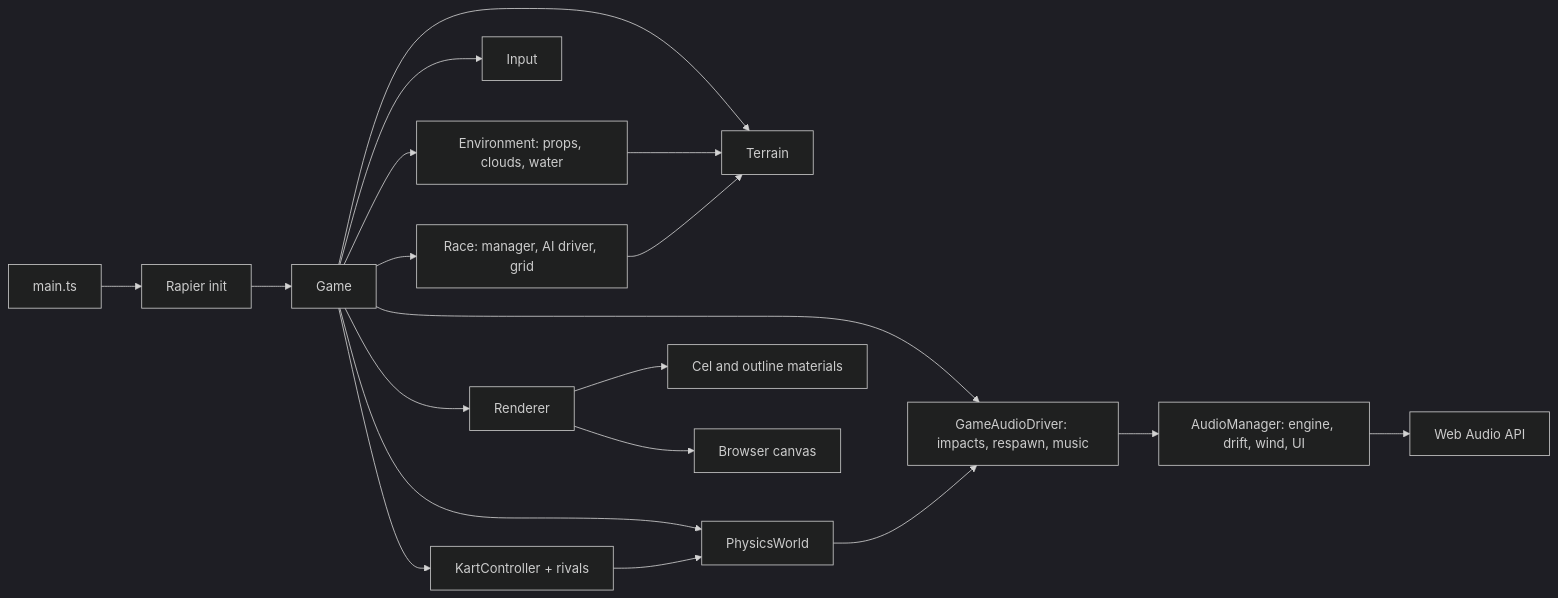
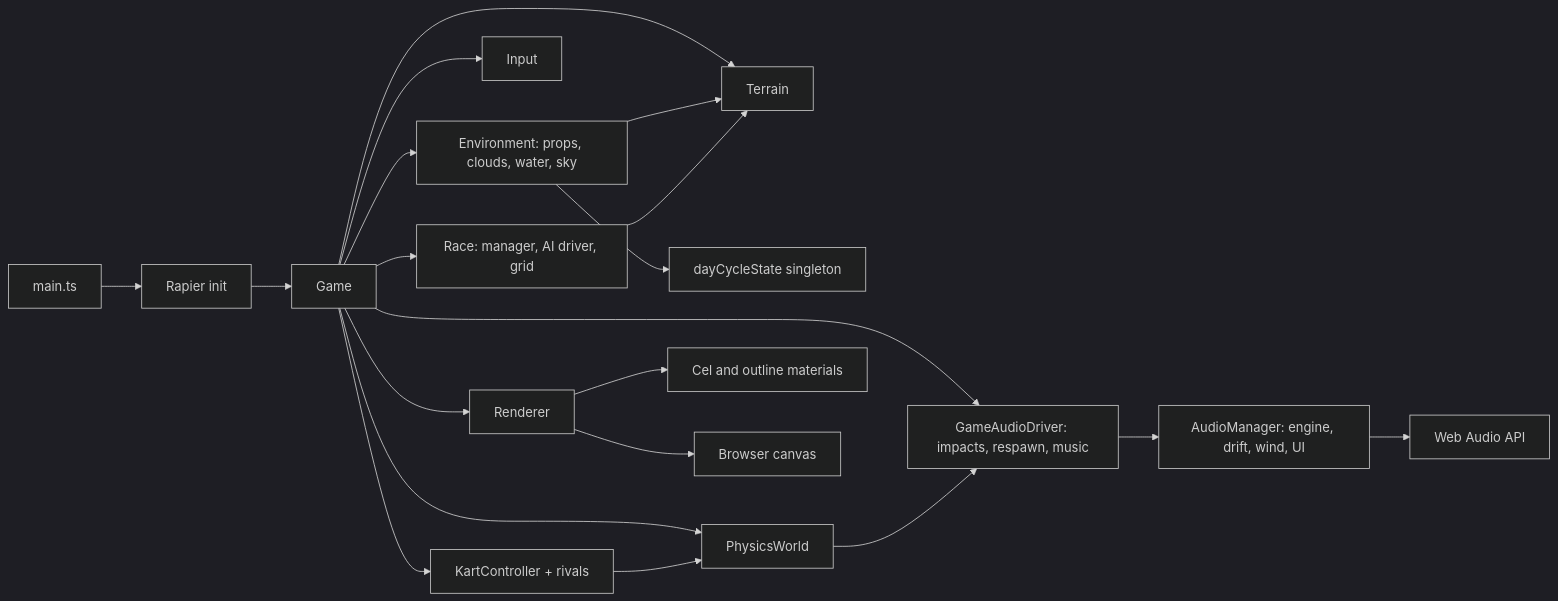
The diagram in AGENTS.md (jjgroenendijk/cart-game), drawn with Mermaid (dark theme) before and after one commit. The commit also changed 16 other files, not shown here.

````diff
--- a/AGENTS.md
+++ b/AGENTS.md
@@ -23,21 +23,22 @@
 ```mermaid
 flowchart LR
   main[main.ts] --> rapier[Rapier init]
   rapier --> game[Game]
   game --> terrain[Terrain]
-  game --> env[Environment: props, clouds, water]
+  game --> env[Environment: props, clouds, water, sky]
+  env --> dayCycle[dayCycleState singleton]
   env --> terrain
   game --> input[Input]
   game --> physics[PhysicsWorld]
   game --> kart[KartController + rivals]
   kart --> physics
   game --> race[Race: manager, AI driver, grid]
   race --> terrain
   game --> gameAudio[GameAudioDriver: impacts, respawn, music]
   physics --> gameAudio
   gameAudio --> audio[AudioManager: engine, drift, wind, UI]
   audio --> webaudio[Web Audio API]
   game --> renderer[Renderer]
   renderer --> materials[Cel and outline materials]
   renderer --> canvas[Browser canvas]
 ```
````
